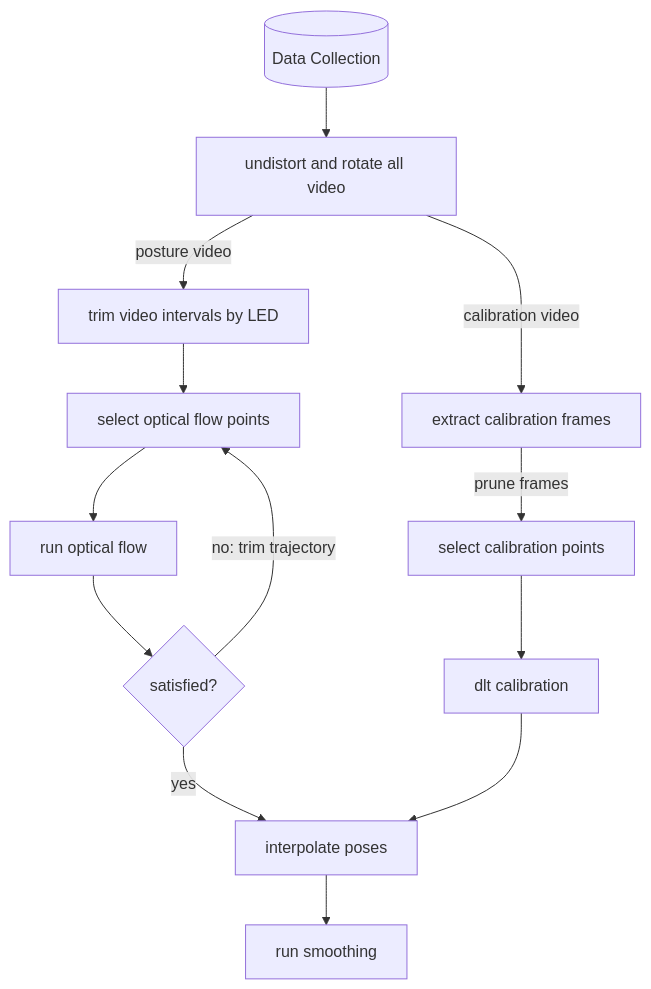
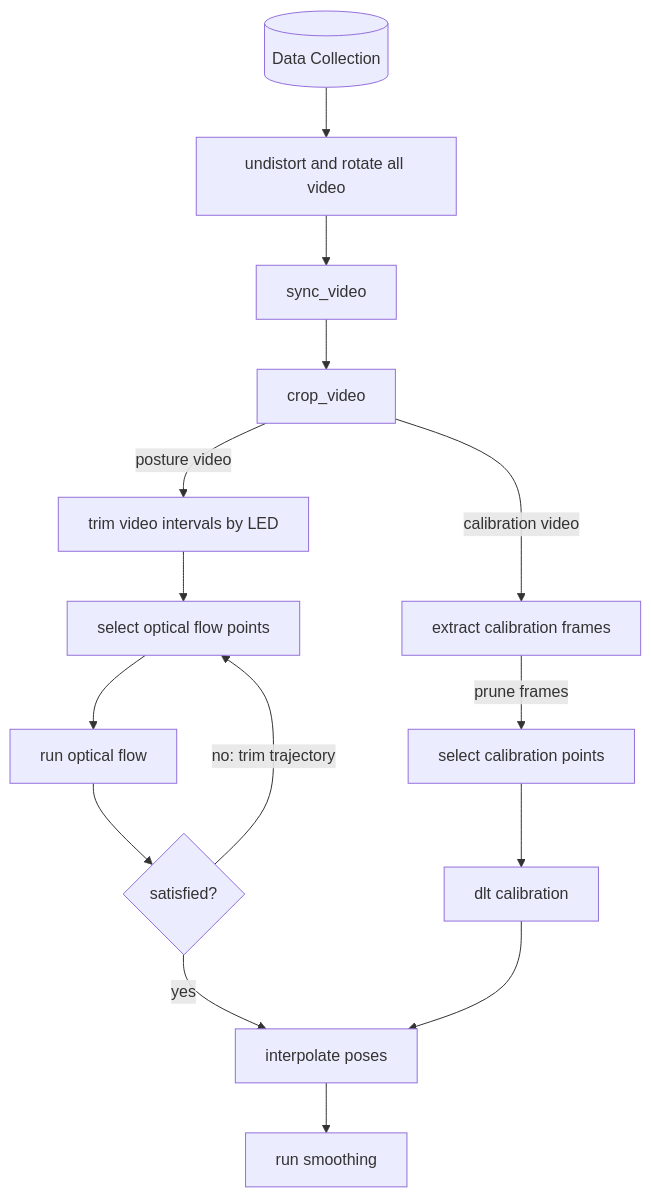
Before and after one commit to GazzolaLab/BR2-vision-based-smoothing: the diagram in README.md, drawn with Mermaid.

````diff
--- a/README.md
+++ b/README.md
@@ -48,24 +48,26 @@
 ```mermaid
 flowchart TD
     collect[("Data Collection")]
     proc1["undistort and rotate all video"]
+    proc2["sync_video"]
+    proc3["crop_video"]
     cal1["extract calibration frames"]
     cal2["select calibration points"]
     cal3["dlt calibration"]
     trim["trim video intervals by LED"]
     opt1["select optical flow points"]
     opt2["run optical flow"]
     smt1["interpolate poses"]
     smt2["run smoothing"]
 
     C{satisfied?}
 
-    collect --> proc1
-    proc1 -->|calibration video| cal1 -->|prune frames| cal2 --> cal3
-    proc1 -->|posture video| trim --> opt1 --> opt2 --> C
+    collect --> proc1 --> proc2 --> proc3
+    proc3 -->|calibration video| cal1 -->|prune frames| cal2 --> cal3
+    proc3 -->|posture video| trim --> opt1 --> opt2 --> C
     C -->|no: trim trajectory| opt1
     C -->|yes| smt1
     
     cal3 --> smt1
     smt1 --> smt2
 ```
````
